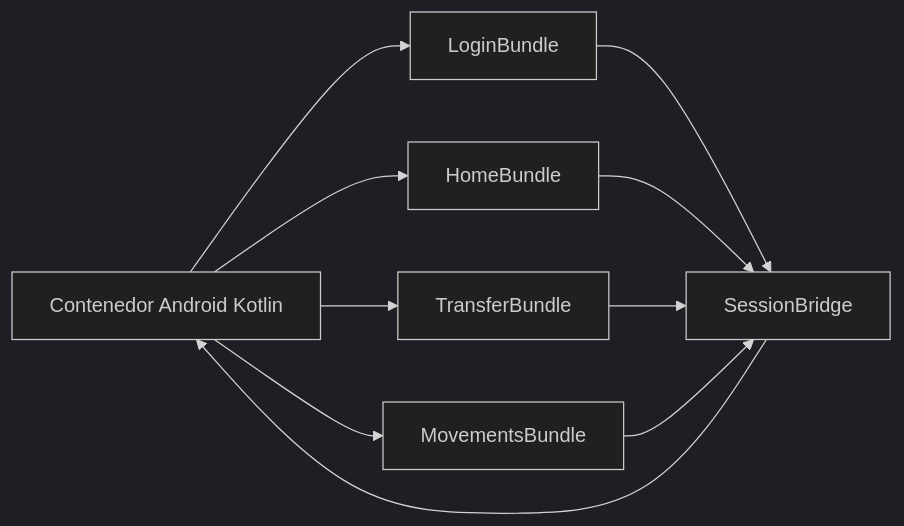
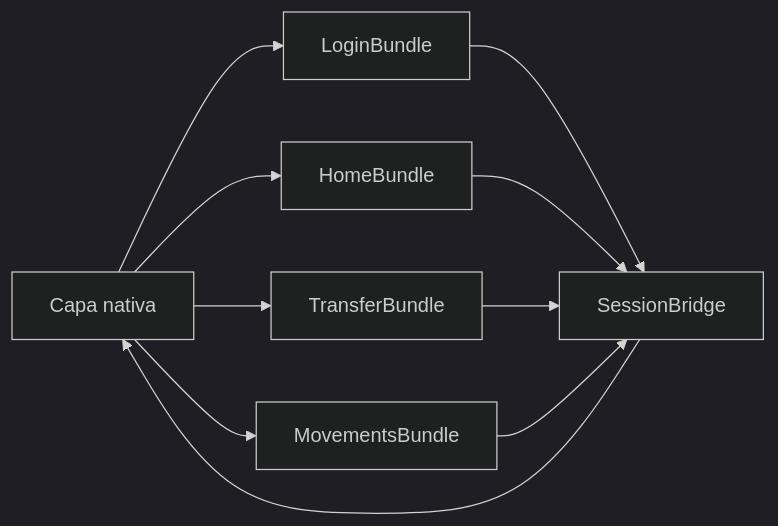
Before and after one commit to MariaHerrera03/bankapp: the first of 3 diagrams in docs/arquitectura.md, drawn with Mermaid (dark theme). The commit also changed other lines of this file, not shown here.

````diff
--- a/docs/arquitectura.md
+++ b/docs/arquitectura.md
@@ -3,12 +3,14 @@
 ```mermaid
 flowchart LR
-  Android[Contenedor Android Kotlin] --> Login[LoginBundle]
+  Android[Capa nativa] --> Login[LoginBundle]
   Android --> Home[HomeBundle]
   Android --> Transfer[TransferBundle]
   Android --> Movements[MovementsBundle]
+
   Login --> Bridge[SessionBridge]
   Home --> Bridge
   Transfer --> Bridge
   Movements --> Bridge
+
   Bridge --> Android
 ```
````
